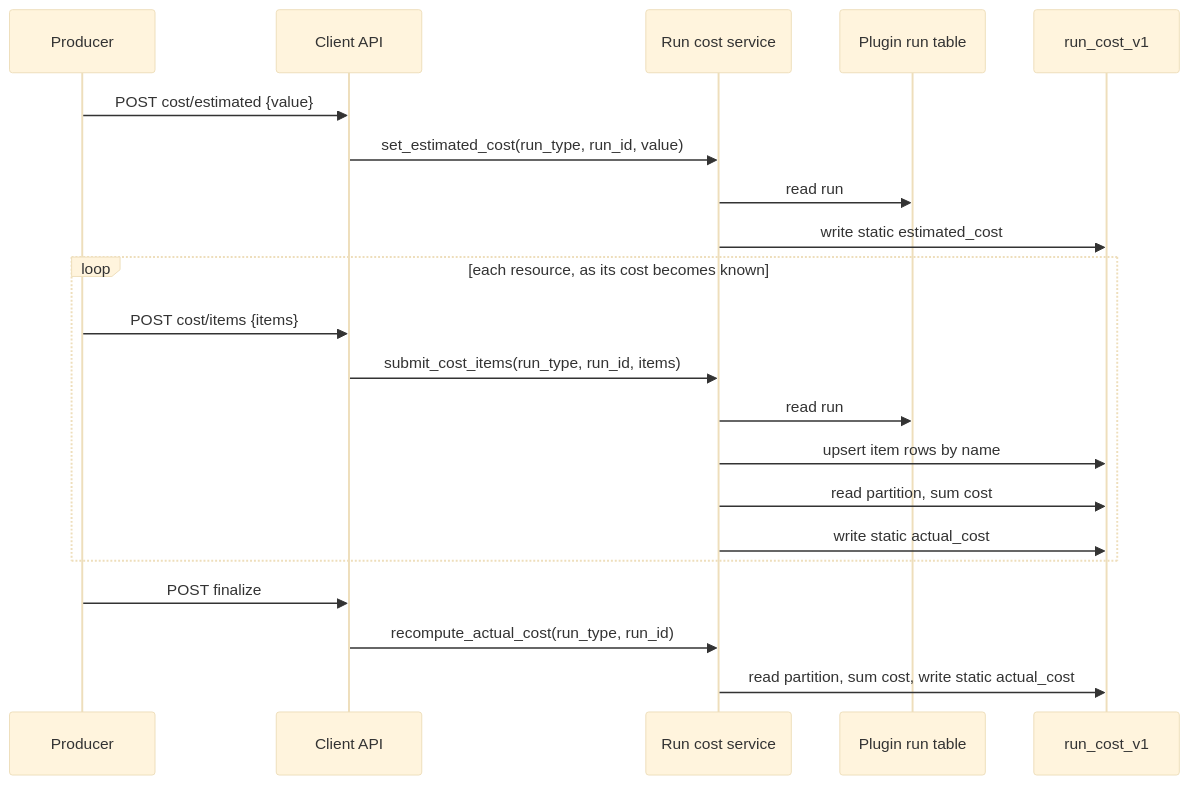
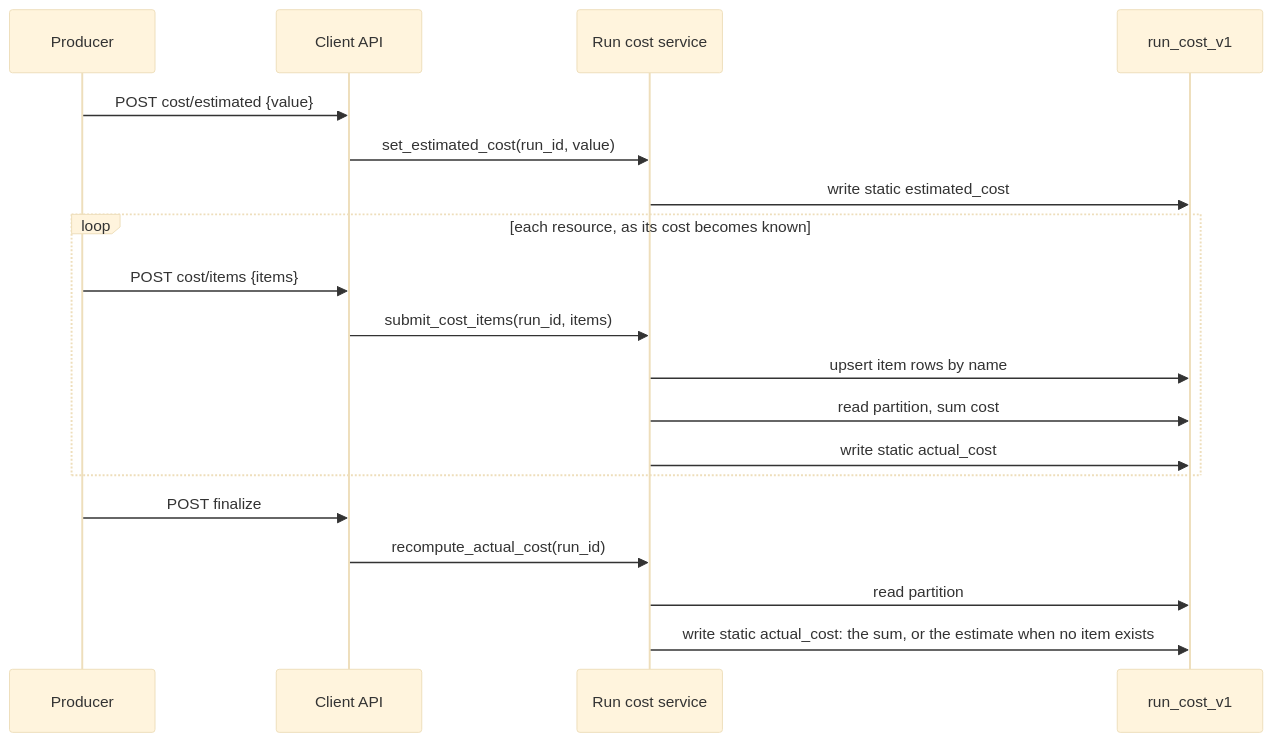
One commit to scylladb/argus changed the diagram in tasks/ARGUS-205/spec.md. Above: the diagram before and after it, drawn with Mermaid (base theme). The commit also changed other lines of this file and 1 other file, not shown here.

First line of the commit message:
docs(tasks): key ARGUS-205 run cost by run_id and drop the run read

````diff
--- a/tasks/ARGUS-205/spec.md
+++ b/tasks/ARGUS-205/spec.md
@@ -74,23 +75,21 @@
 ```mermaid
 sequenceDiagram
     participant P as Producer
     participant A as Client API
     participant S as Run cost service
-    participant R as Plugin run table
     participant C as run_cost_v1
     P->>A: POST cost/estimated {value}
-    A->>S: set_estimated_cost(run_type, run_id, value)
-    S->>R: read run
+    A->>S: set_estimated_cost(run_id, value)
     S->>C: write static estimated_cost
     loop each resource, as its cost becomes known
         P->>A: POST cost/items {items}
-        A->>S: submit_cost_items(run_type, run_id, items)
-        S->>R: read run
+        A->>S: submit_cost_items(run_id, items)
         S->>C: upsert item rows by name
         S->>C: read partition, sum cost
         S->>C: write static actual_cost
     end
     P->>A: POST finalize
-    A->>S: recompute_actual_cost(run_type, run_id)
-    S->>C: read partition, sum cost, write static actual_cost
+    A->>S: recompute_actual_cost(run_id)
+    S->>C: read partition
+    S->>C: write static actual_cost: the sum, or the estimate when no item exists
 ```
````
